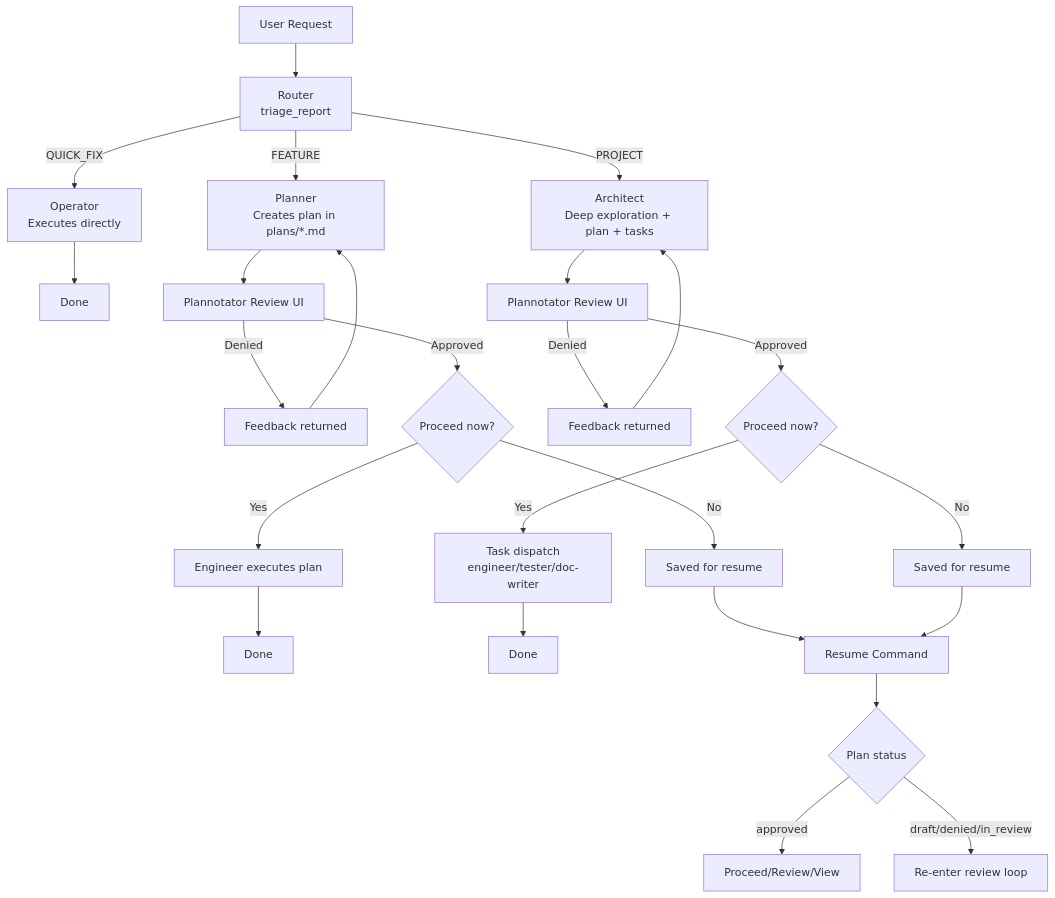
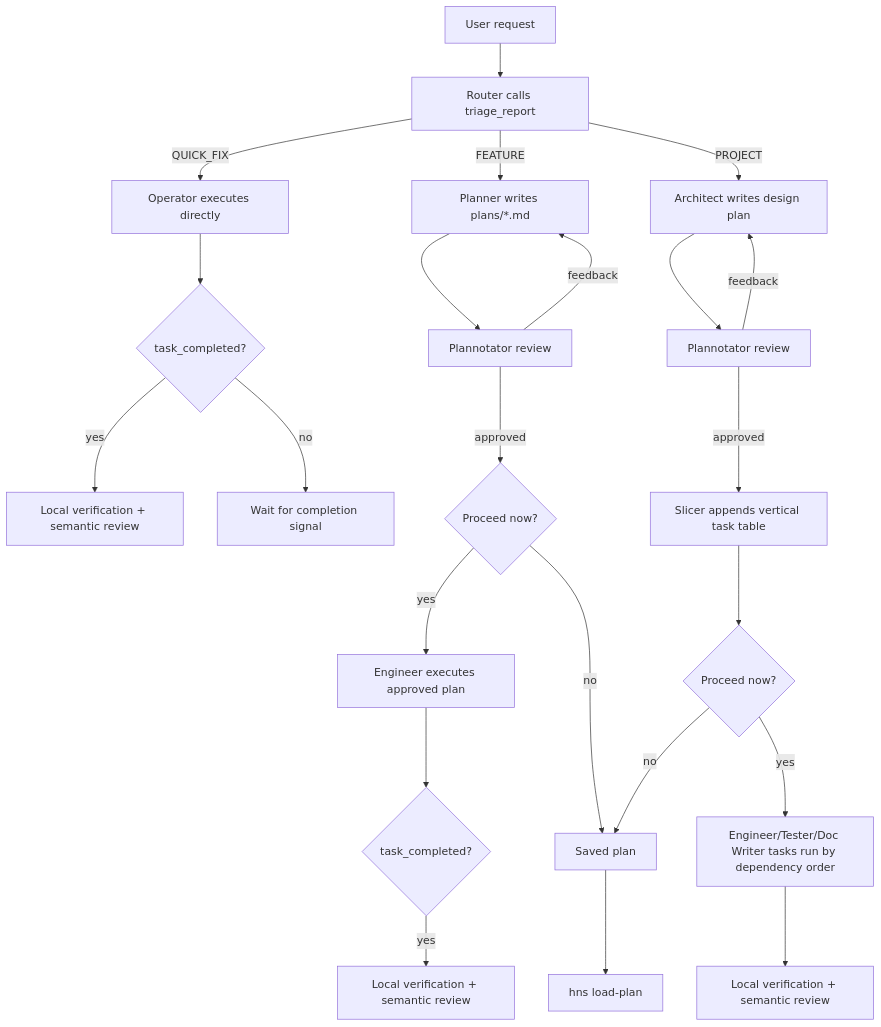
The diagram in README.md (gandazgul/harns), drawn with Mermaid before and after one commit. The commit also changed other lines of this file and 13 other files, not shown here.

First line of the commit message:
Harden validation loop and validate PROJECT task DAG

````diff
--- a/README.md
+++ b/README.md
@@ -20,31 +40,29 @@
 ```mermaid
 flowchart TD
-    U[User Request] --> R[Router\ntriage_report]
+    U[User request] --> R[Router calls triage_report]
 
-    R -->|QUICK_FIX| O[Operator\nExecutes directly]
-    O --> QD[Done]
+    R -->|QUICK_FIX| O[Operator executes directly]
+    O --> TC1{task_completed?}
+    TC1 -->|yes| V1[Local verification + semantic review]
+    TC1 -->|no| W1[Wait for completion signal]
 
-    R -->|FEATURE| P[Planner\nCreates plan in plans/*.md]
-    P --> PR[Plannotator Review UI]
-    PR -->|Denied| PF[Feedback returned]
-    PF --> P
-    PR -->|Approved| PA{Proceed now?}
-    PA -->|Yes| E1[Engineer executes plan]
-    E1 --> FD1[Done]
-    PA -->|No| S1[Saved for resume]
+    R -->|FEATURE| P[Planner writes plans/*.md]
+    P --> PR[Plannotator review]
+    PR -->|feedback| P
+    PR -->|approved| PA{Proceed now?}
+    PA -->|yes| E[Engineer executes approved plan]
+    PA -->|no| SP[Saved plan]
+    E --> TC2{task_completed?}
+    TC2 -->|yes| V2[Local verification + semantic review]
 
-    R -->|PROJECT| A[Architect\nDeep exploration + plan + tasks]
-    A --> PR2[Plannotator Review UI]
-    PR2 -->|Denied| AF[Feedback returned]
-    AF --> A
-    PR2 -->|Approved| PA2{Proceed now?}
-    PA2 -->|Yes| T[Task dispatch\nengineer/tester/doc-writer]
-    T --> FD2[Done]
-    PA2 -->|No| S2[Saved for resume]
+    R -->|PROJECT| A[Architect writes design plan]
+    A --> PR2[Plannotator review]
+    PR2 -->|feedback| A
+    PR2 -->|approved| S[Slicer appends vertical task table]
+    S --> PX{Proceed now?}
+    PX -->|yes| T[Engineer/Tester/Doc Writer tasks run by dependency order]
+    PX -->|no| SP
+    T --> V3[Local verification + semantic review]
 
-    S1 --> RES[Resume Command]
-    S2 --> RES
-    RES --> RR{Plan status}
-    RR -->|approved| PX[Proceed/Review/View]
-    RR -->|draft/denied/in_review| RL[Re-enter review loop]
+    SP --> LP[hns load-plan]
 ```
````
